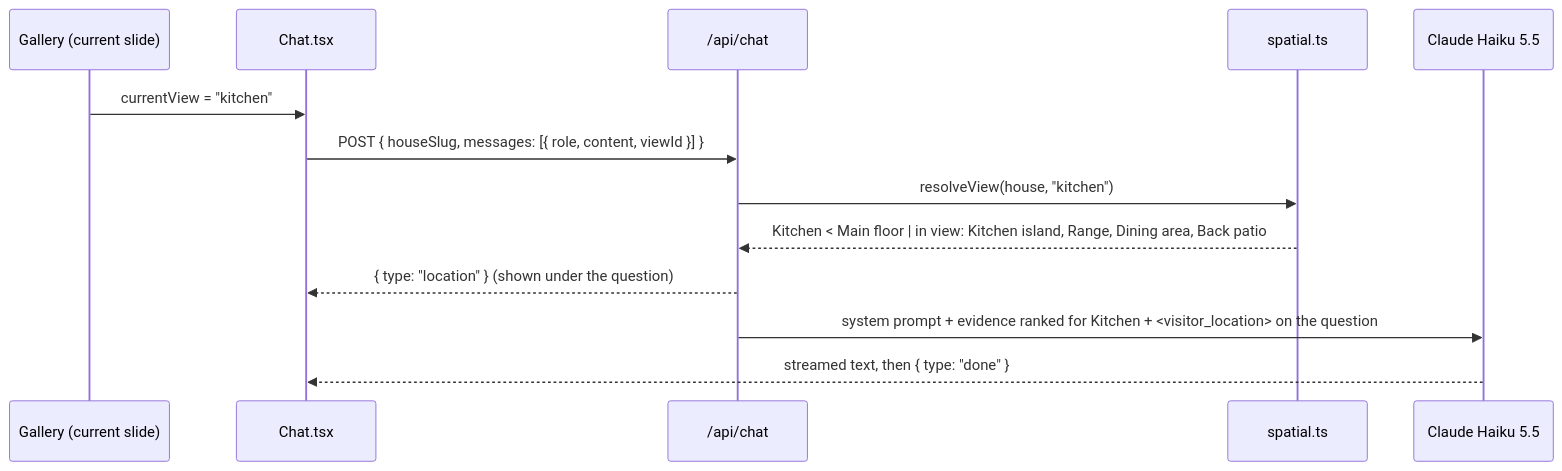
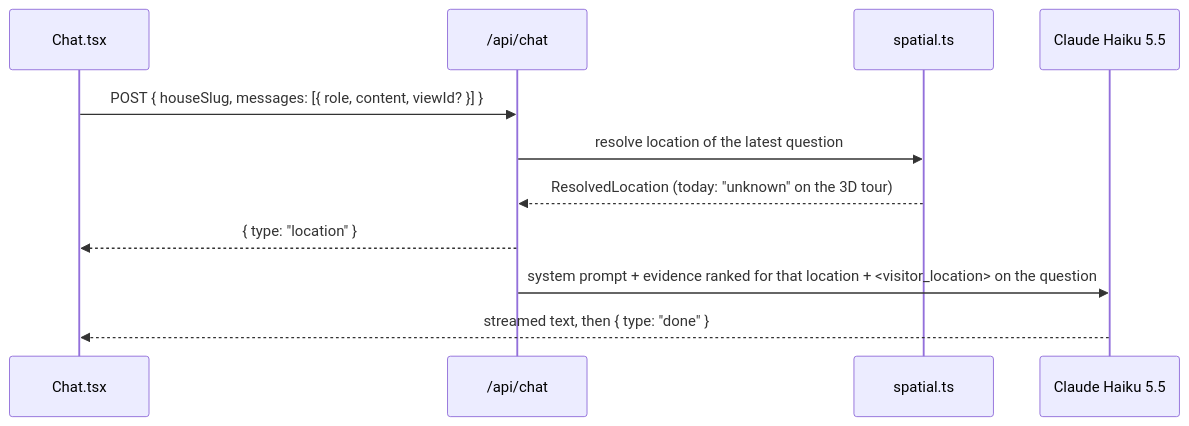
One commit to bkleinp/splat changed the diagram in docs/llm-layer.md. Above: the diagram before and after it, drawn with Mermaid. The commit also changed other lines of this file and 21 other files, not shown here.

````diff
--- a/docs/llm-layer.md
+++ b/docs/llm-layer.md
@@ -25,16 +34,14 @@
 ```mermaid
 sequenceDiagram
-  participant G as Gallery (current slide)
   participant B as Chat.tsx
   participant R as /api/chat
   participant S as spatial.ts
   participant C as Claude Haiku 5.5
 
-  G->>B: currentView = "kitchen"
-  B->>R: POST { houseSlug, messages: [{ role, content, viewId }] }
-  R->>S: resolveView(house, "kitchen")
-  S-->>R: Kitchen < Main floor | in view: Kitchen island, Range, Dining area, Back patio
-  R-->>B: { type: "location" }  (shown under the question)
-  R->>C: system prompt + evidence ranked for Kitchen + <visitor_location> on the question
+  B->>R: POST { houseSlug, messages: [{ role, content, viewId? }] }
+  R->>S: resolve location of the latest question
+  S-->>R: ResolvedLocation (today: "unknown" on the 3D tour)
+  R-->>B: { type: "location" }
+  R->>C: system prompt + evidence ranked for that location + <visitor_location> on the question
   C-->>B: streamed text, then { type: "done" }
 ```
````
